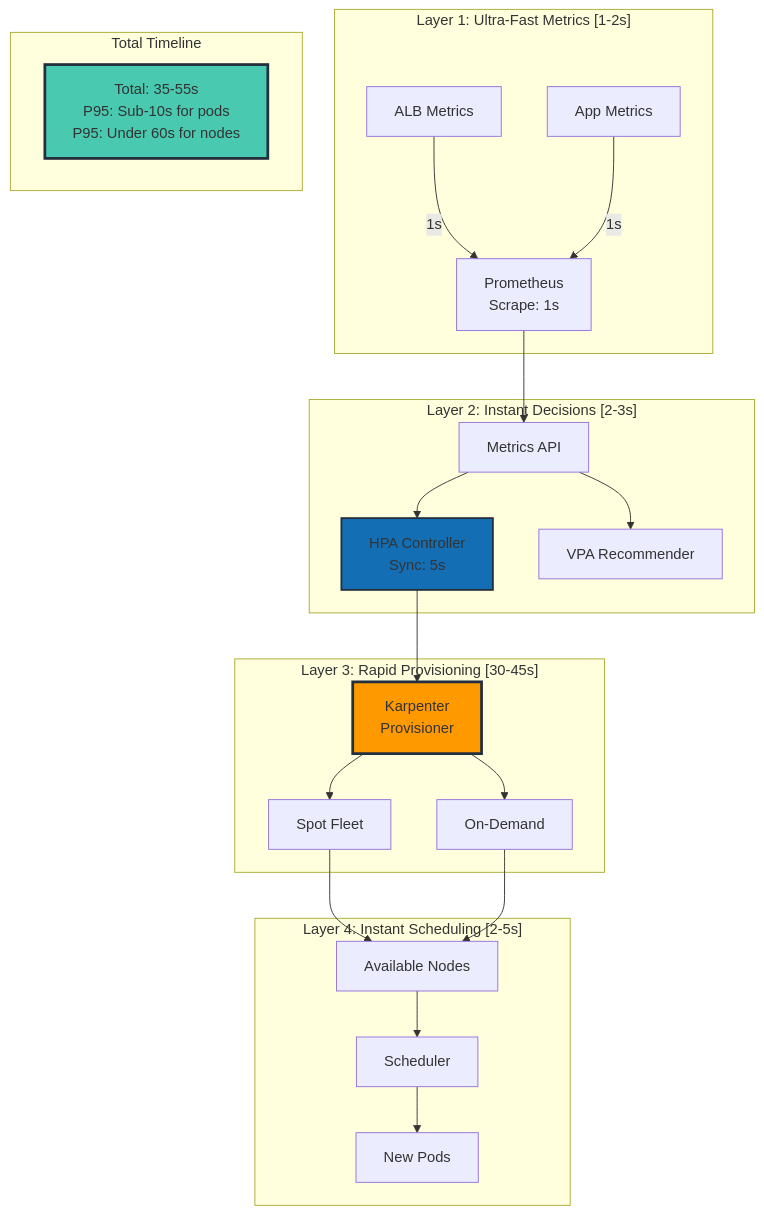
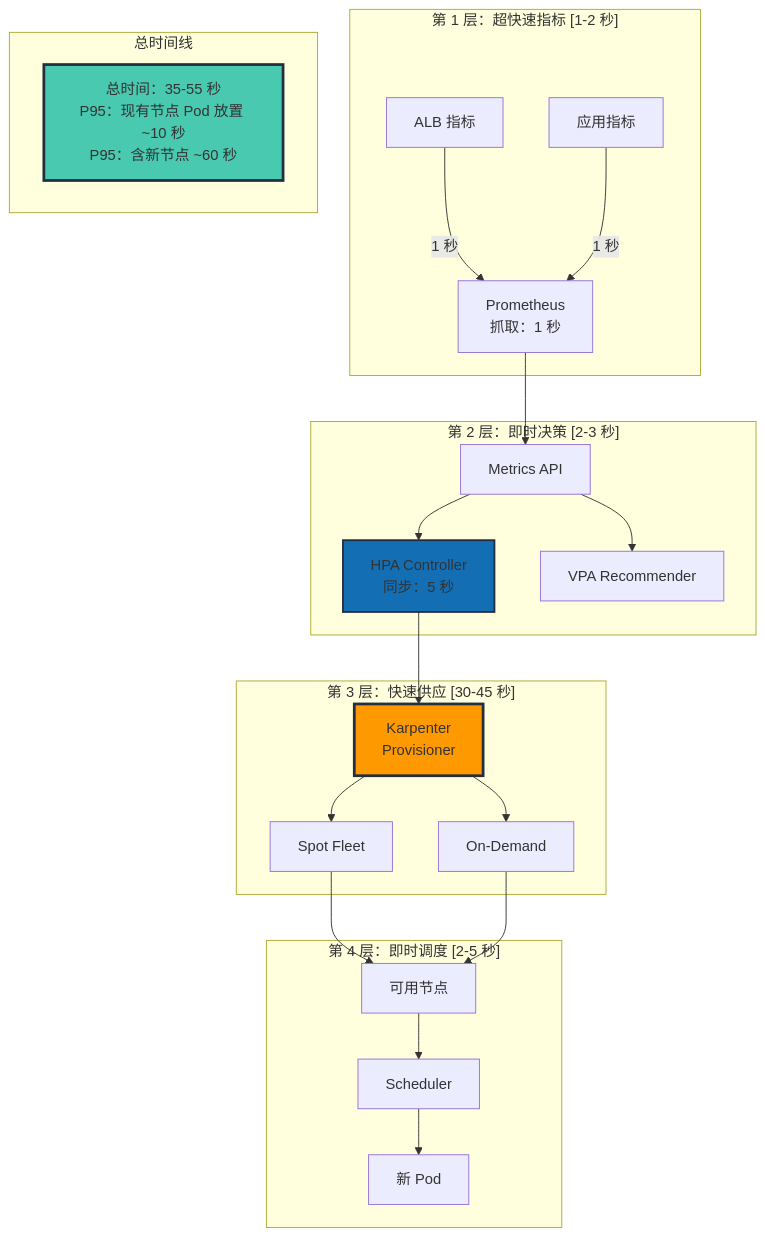
One commit to devfloor9/engineering-playbook changed the ninth of 18 diagrams in i18n/zh/docusaurus-plugin-content-docs/current/infrastructure-optimization/karpenter-autoscaling.md. Above: the diagram before and after it, drawn with Mermaid. The commit also changed other lines of this file and 43 other files, not shown here.

````diff
--- a/i18n/zh/docusaurus-plugin-content-docs/current/infrastructure-optimization/karpenter-autoscaling.md
+++ b/i18n/zh/docusaurus-plugin-content-docs/current/infrastructure-optimization/karpenter-autoscaling.md
@@ -279,51 +522,51 @@
 ```mermaid
 graph TB
-    subgraph "Layer 1: Ultra-Fast Metrics [1-2s]"
-        ALB[ALB Metrics]
-        APP[App Metrics]
-        PROM[Prometheus<br/>Scrape: 1s]
+    subgraph "第 1 层：超快速指标 [1-2 秒]"
+        ALB[ALB 指标]
+        APP[应用指标]
+        PROM[Prometheus<br/>抓取：1 秒]
 
-        ALB -->|1s| PROM
-        APP -->|1s| PROM
+        ALB -->|1 秒| PROM
+        APP -->|1 秒| PROM
     end
 
-    subgraph "Layer 2: Instant Decisions [2-3s]"
+    subgraph "第 2 层：即时决策 [2-3 秒]"
         MA[Metrics API]
-        HPA[HPA Controller<br/>Sync: 5s]
+        HPA[HPA Controller<br/>同步：5 秒]
         VPA[VPA Recommender]
 
         PROM --> MA
         MA --> HPA
         MA --> VPA
     end
 
-    subgraph "Layer 3: Rapid Provisioning [30-45s]"
+    subgraph "第 3 层：快速供应 [30-45 秒]"
         KARP[Karpenter<br/>Provisioner]
         SPOT[Spot Fleet]
         OD[On-Demand]
 
         HPA --> KARP
         KARP --> SPOT
         KARP --> OD
     end
 
-    subgraph "Layer 4: Instant Scheduling [2-5s]"
+    subgraph "第 4 层：即时调度 [2-5 秒]"
         SCHED[Scheduler]
-        NODE[Available Nodes]
-        POD[New Pods]
+        NODE[可用节点]
+        POD[新 Pod]
 
         SPOT --> NODE
         OD --> NODE
         NODE --> SCHED
         SCHED --> POD
     end
 
-    subgraph "Total Timeline"
-        TOTAL[Total: 35-55s<br/>P95: Sub-10s for pods<br/>P95: Under 60s for nodes]
+    subgraph "总时间线"
+        TOTAL[总时间：35-55 秒<br/>P95：现有节点 Pod 放置 ~10 秒<br/>P95：含新节点 ~60 秒]
     end
 
     style KARP fill:#ff9900,stroke:#232f3e,stroke-width:3px
     style HPA fill:#146eb4,stroke:#232f3e,stroke-width:2px
     style TOTAL fill:#48C9B0,stroke:#232f3e,stroke-width:3px
 
 ```
````
